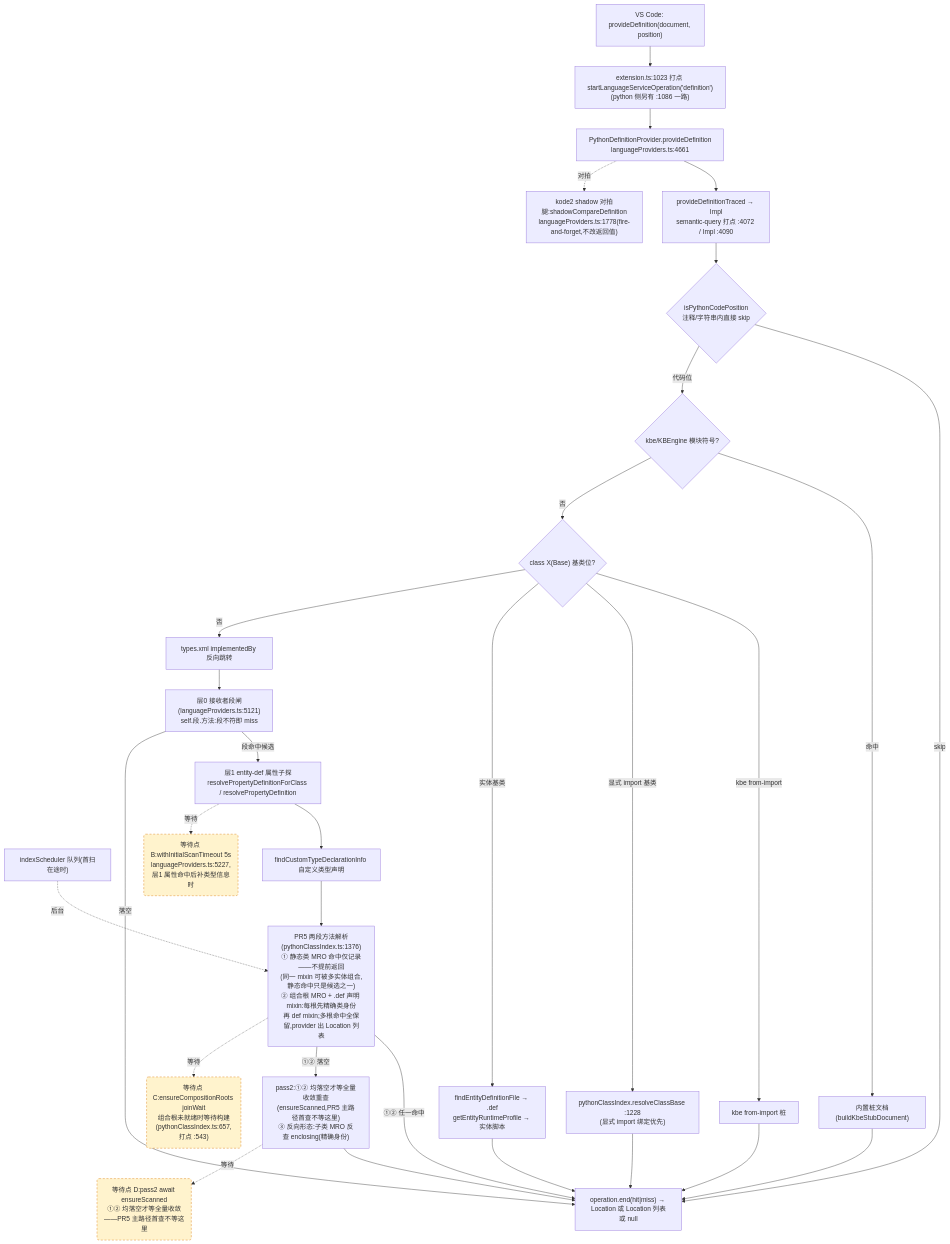
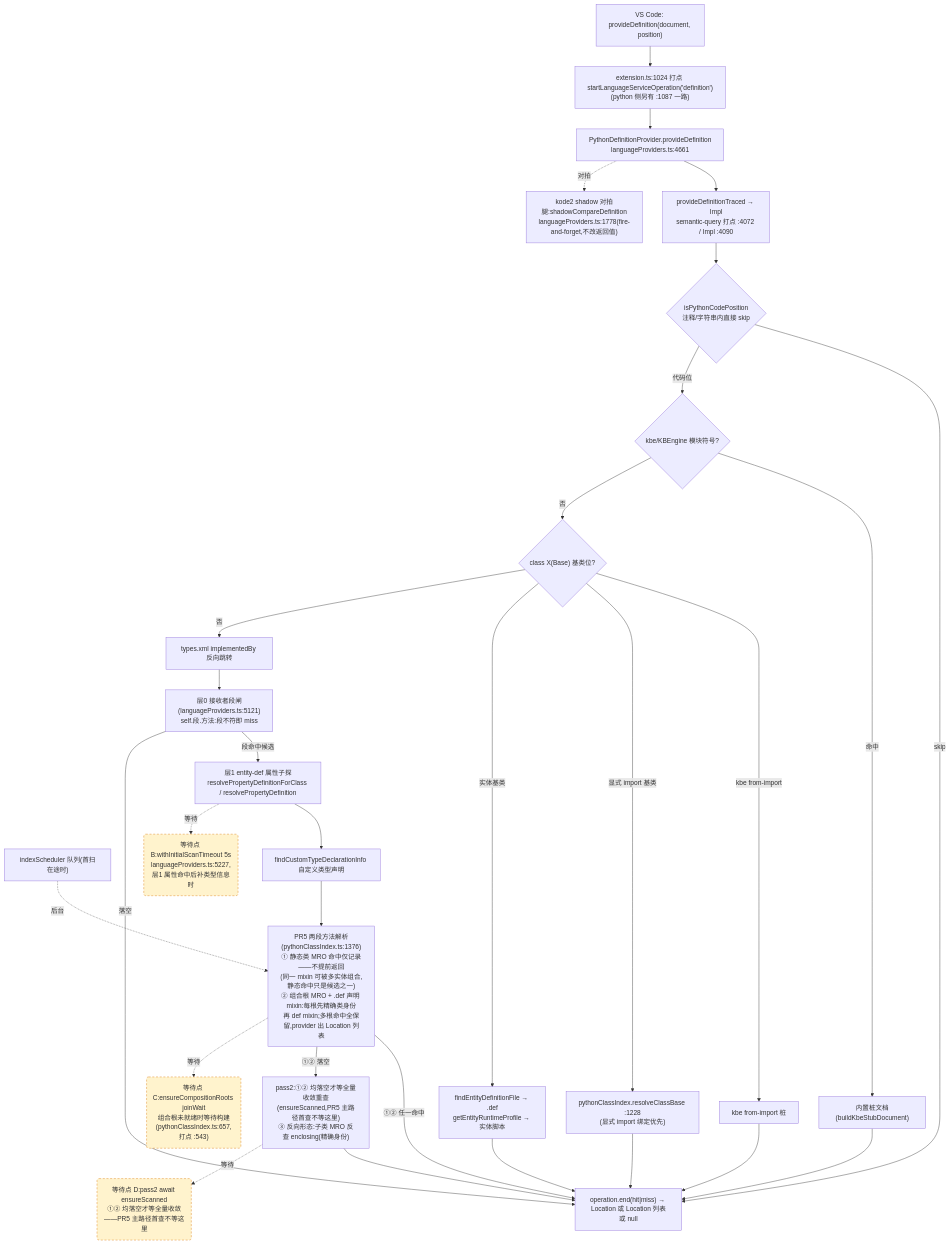
One commit to cuihairu/kode changed the second of 4 diagrams in docs/perf/2026-baseline.md. Above: the diagram before and after it, drawn with Mermaid. The commit also changed other lines of this file and 10 other files, not shown here.

````diff
--- a/docs/perf/2026-baseline.md
+++ b/docs/perf/2026-baseline.md
@@ -130,51 +130,51 @@
 ```mermaid
 flowchart TD
   VC2["VS Code: provideDefinition(document, position)"]
-  M2["extension.ts:1023 打点 startLanguageServiceOperation('definition')<br/>(python 侧另有 :1086 一路)"]
+  M2["extension.ts:1024 打点 startLanguageServiceOperation('definition')<br/>(python 侧另有 :1087 一路)"]
   AD2["PythonDefinitionProvider.provideDefinition<br/>languageProviders.ts:4661"]
   TR["provideDefinitionTraced → Impl<br/>semantic-query 打点 :4072 / Impl :4090"]
   CTX{"isPythonCodePosition<br/>注释/字符串内直接 skip"}
   KBE{"kbe/KBEngine 模块符号?"}
   STUB["内置桩文档(buildKbeStubDocument)"]
   CB{"class X(Base) 基类位?"}
   CB1["kbe from-import 桩"]
   CB2["pythonClassIndex.resolveClassBase :1228<br/>(显式 import 绑定优先)"]
   CB3["findEntityDefinitionFile → .def<br/>getEntityRuntimeProfile → 实体脚本"]
   REV["types.xml implementedBy 反向跳转"]
   L0["层0 接收者段闸(languageProviders.ts:5121)<br/>self.段.方法:段不符即 miss"]
   L1["层1 entity-def 属性子探<br/>resolvePropertyDefinitionForClass / resolvePropertyDefinition"]
   SCAN["indexScheduler 队列(首扫在途时)"]
   TY["findCustomTypeDeclarationInfo 自定义类型声明"]
   MRO["PR5 两段方法解析(pythonClassIndex.ts:1376)<br/>① 静态类 MRO 命中仅记录——不提前返回<br/>(同一 mixin 可被多实体组合,静态命中只是候选之一)<br/>② 组合根 MRO + .def 声明 mixin:每根先精确类身份<br/>再 def mixin;多根命中全保留,provider 出 Location 列表"]
   PASS2["pass2:①② 均落空才等全量收敛重查<br/>(ensureScanned,PR5 主路径首查不等这里)<br/>③ 反向形态:子类 MRO 反查 enclosing(精确身份)"]
   SHD["kode2 shadow 对拍腿:shadowCompareDefinition<br/>languageProviders.ts:1778(fire-and-forget,不改返回值)"]
   END2["operation.end(hit|miss) → Location 或 Location 列表或 null"]
 
   VC2 --> M2 --> AD2 --> TR --> CTX
   CTX -- "skip" --> END2
   CTX -- "代码位" --> KBE
   KBE -- "命中" --> STUB --> END2
   KBE -- "否" --> CB
   CB -- "kbe from-import" --> CB1 --> END2
   CB -- "显式 import 基类" --> CB2 --> END2
   CB -- "实体基类" --> CB3 --> END2
   CB -- "否" --> REV --> L0
   L0 -- "段命中候选" --> L1
   L0 -- "落空" --> END2
   L1 --> TY
   TY --> MRO
   MRO -- "①② 任一命中" --> END2
   MRO -- "①② 落空" --> PASS2 --> END2
   AD2 -.->|对拍| SHD
 
   WAITB("等待点 B:withInitialScanTimeout 5s<br/>languageProviders.ts:5227,层1 属性命中后补类型信息时")
   WAITC("等待点 C:ensureCompositionRoots joinWait<br/>组合根未就绪时等待构建(pythonClassIndex.ts:657,打点 :543)")
   WAITD("等待点 D:pass2 await ensureScanned<br/>①② 均落空才等全量收敛——PR5 主路径首查不等这里")
   L1 -.->|等待| WAITB
   MRO -.->|等待| WAITC
   PASS2 -.->|等待| WAITD
   SCAN -.->|后台| MRO
 
   classDef waitPoint fill:#fff3cd,stroke:#d97706,stroke-dasharray:5 4;
   class WAITB,WAITC,WAITD waitPoint;
 ```
````
